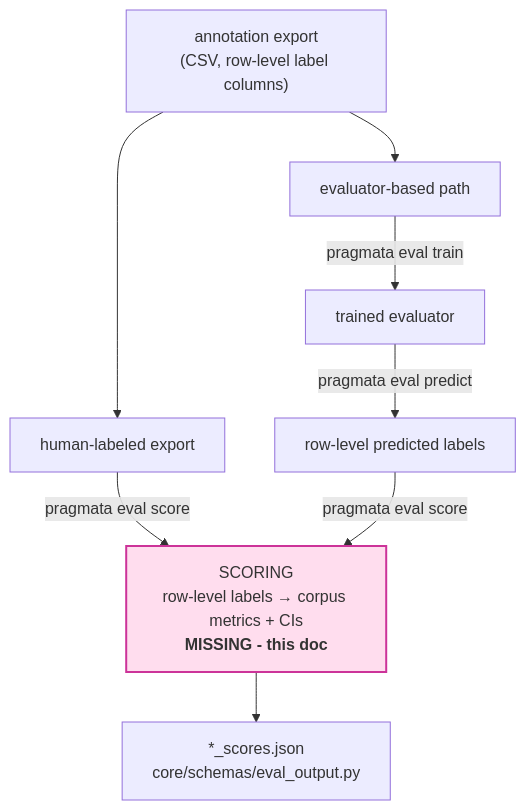
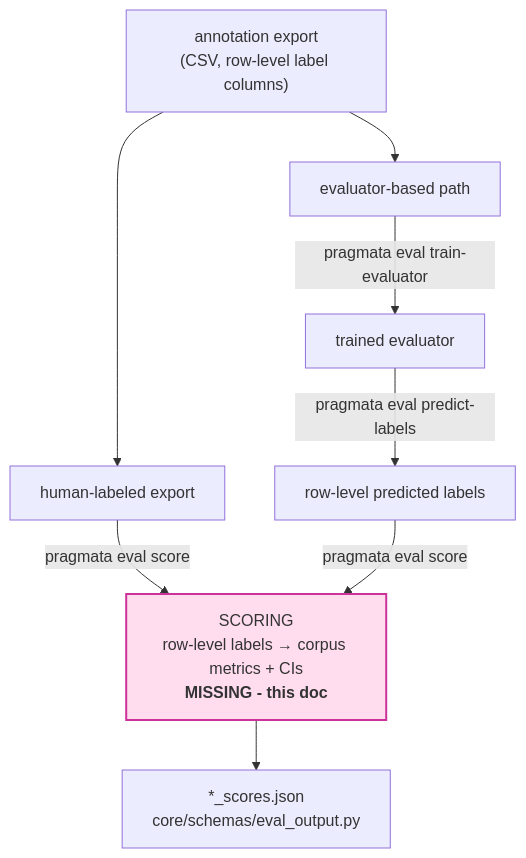
Before and after one commit to bertelsmannstift/pragmata: the first of 2 diagrams in docs/design/eval-scoring-metrics.md, drawn with Mermaid. The commit also changed other lines of this file and 12 other files, not shown here.

````diff
--- a/docs/design/eval-scoring-metrics.md
+++ b/docs/design/eval-scoring-metrics.md
@@ -16,14 +16,14 @@
 ```mermaid
 flowchart TD
     export["annotation export<br/>(CSV, row-level label columns)"]
     export --> human["human-labeled export"]
     export --> evalpath["evaluator-based path"]
-    evalpath -->|"pragmata eval train"| trained["trained evaluator"]
-    trained -->|"pragmata eval predict"| predicted["row-level predicted labels"]
+    evalpath -->|"pragmata eval train-evaluator"| trained["trained evaluator"]
+    trained -->|"pragmata eval predict-labels"| predicted["row-level predicted labels"]
     human -->|"pragmata eval score"| score
     predicted -->|"pragmata eval score"| score["SCORING<br/>row-level labels → corpus metrics + CIs<br/><b>MISSING - this doc</b>"]
     score --> out["*_scores.json<br/>core/schemas/eval_output.py"]
 
     classDef missing fill:#fde,stroke:#c39,stroke-width:2px;
     class score missing;
 ```
````
